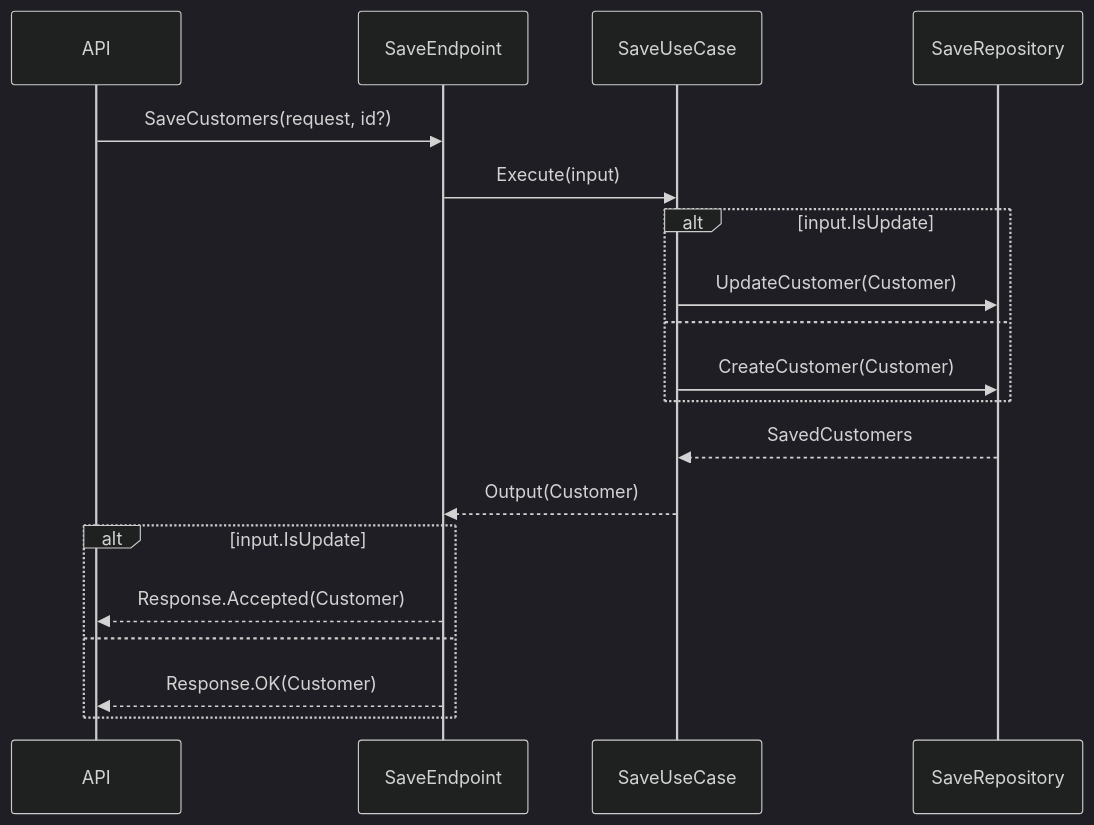
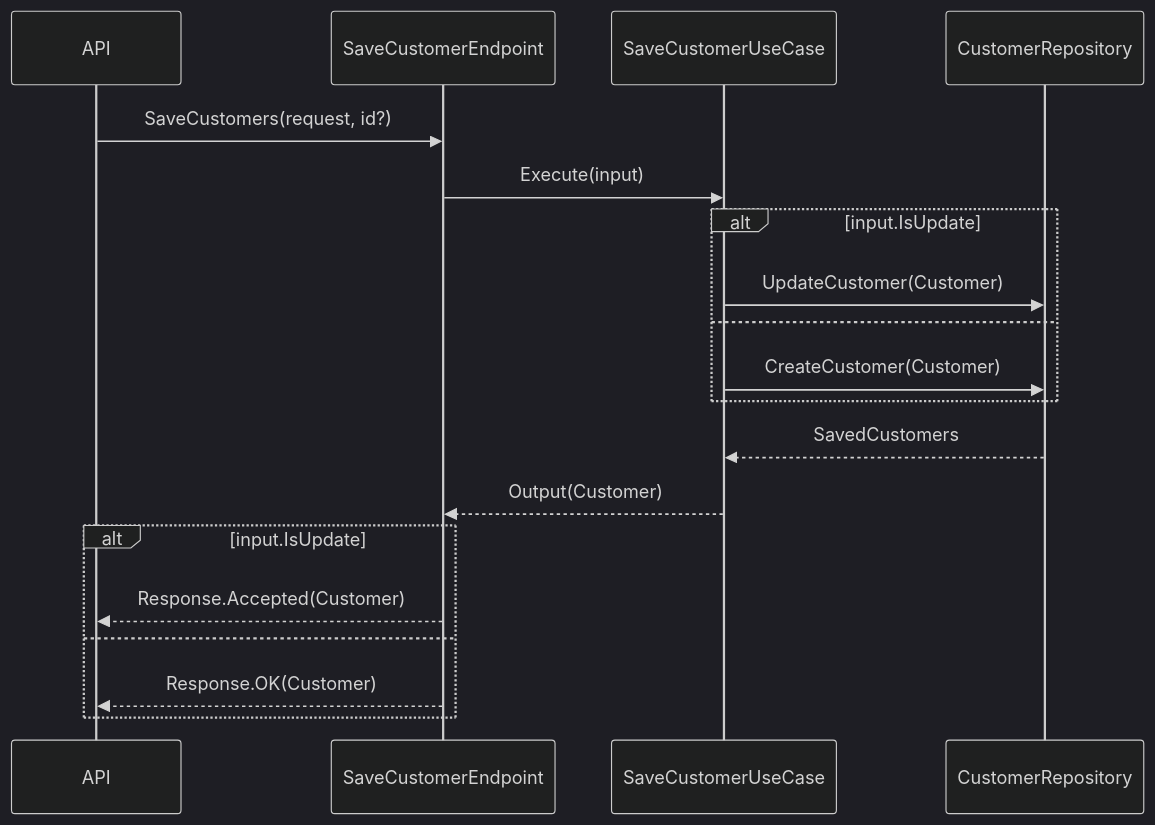
Before and after one commit to fksalviano/rent-motorcycle-api: the fourth of 4 diagrams in README.md, drawn with Mermaid (dark theme). The commit also changed other lines of this file and 16 other files, not shown here.

`````diff
--- a/README.md
+++ b/README.md
@@ -61,17 +220,17 @@
 ```mermaid
-sequenceDiagram        
-    API->>SaveEndpoint : SaveCustomers(request, id?)    
-    SaveEndpoint->>SaveUseCase : Execute(input)
+sequenceDiagram
+    API->>SaveCustomerEndpoint : SaveCustomers(request, id?)
+    SaveCustomerEndpoint->>SaveCustomerUseCase : Execute(input)
     alt input.IsUpdate
-        SaveUseCase->>SaveRepository : UpdateCustomer(Customer)
+        SaveCustomerUseCase->>CustomerRepository : UpdateCustomer(Customer)
     else
-        SaveUseCase->>SaveRepository : CreateCustomer(Customer)
+        SaveCustomerUseCase->>CustomerRepository : CreateCustomer(Customer)
     end
-    SaveRepository-->>SaveUseCase : SavedCustomers    
-    SaveUseCase-->>SaveEndpoint : Output(Customer)    
+    CustomerRepository-->>SaveCustomerUseCase : SavedCustomers
+    SaveCustomerUseCase-->>SaveCustomerEndpoint : Output(Customer)
     alt input.IsUpdate
-        SaveEndpoint-->>API : Response.Accepted(Customer)
+        SaveCustomerEndpoint-->>API : Response.Accepted(Customer)
     else
-        SaveEndpoint-->>API : Response.OK(Customer)
+        SaveCustomerEndpoint-->>API : Response.OK(Customer)
     end
 ````
`````
